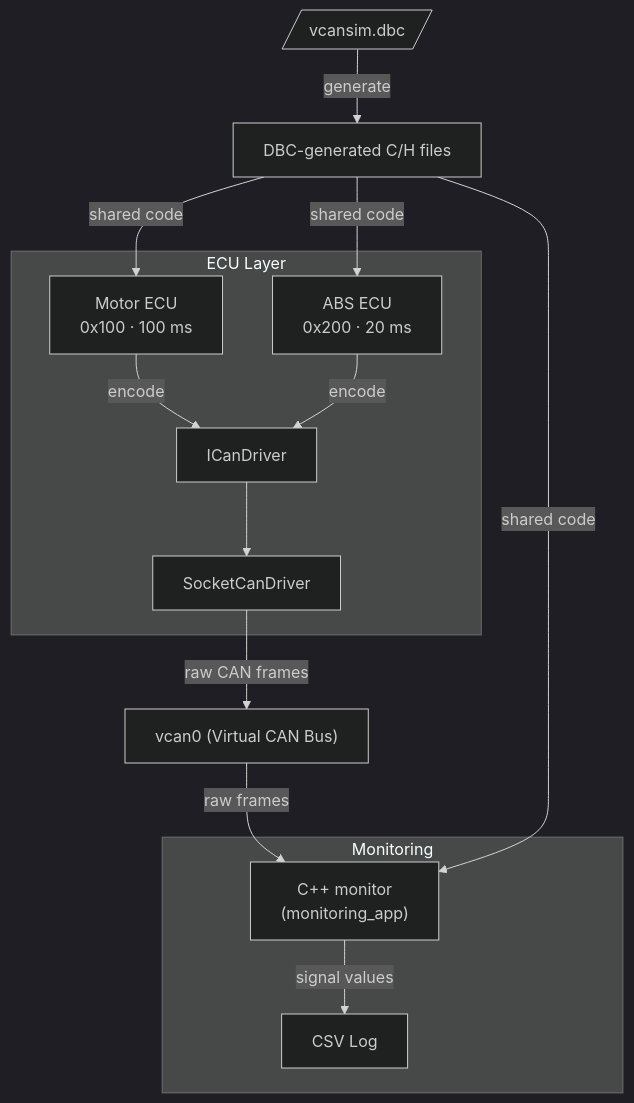
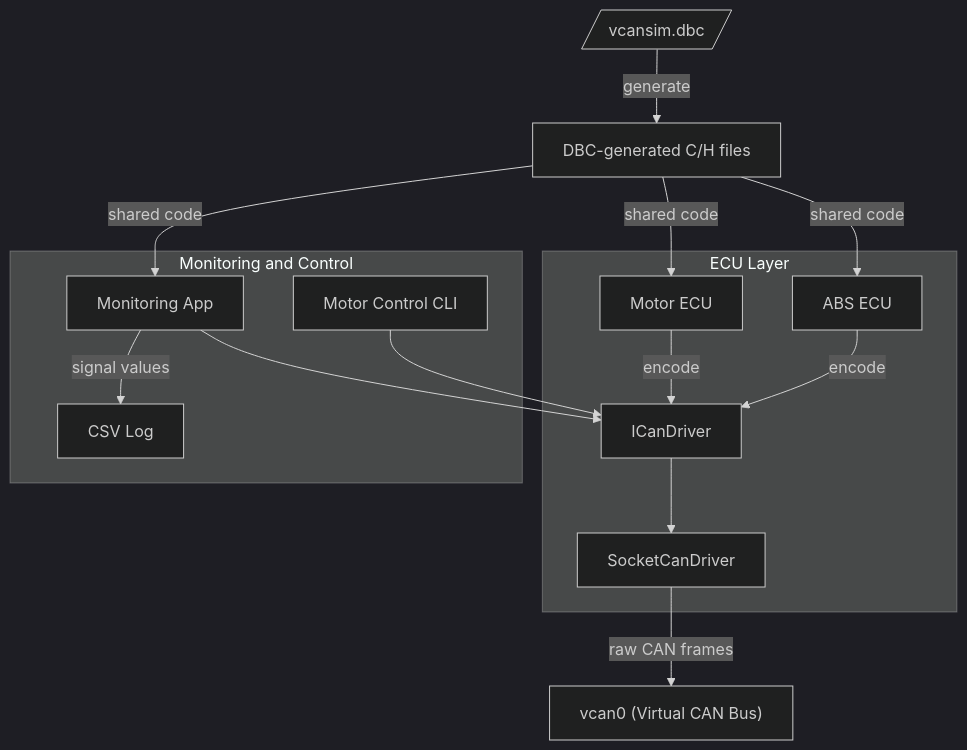
One commit to brahimab8/vcan-sim changed the diagram in README.md. Above: the diagram before and after it, drawn with Mermaid (dark theme). The commit also changed 1 other file, not shown here.

Commit message:
docs: update architecture and README to include the motor_control library and executabe

````diff
--- a/README.md
+++ b/README.md
@@ -28,29 +28,33 @@
 ```mermaid
 graph TD
     subgraph ECUs[ECU Layer]
-        MOTOR["Motor ECU\n0x100 · 100 ms"]
-        ABS["ABS ECU\n0x200 · 20 ms"]
+        MOTOR["Motor ECU"]
+        ABS["ABS ECU"]
         IFACE[ICanDriver]
         DRV[SocketCanDriver]
     end
 
     VCAN["vcan0 (Virtual CAN Bus)"]
     DBC[/vcansim.dbc/]
     GEN["DBC-generated C/H files"]
 
-    subgraph MONITORING[Monitoring]
-        MONAPP["C++ monitor\n(monitoring_app)"]
+    subgraph APPS[Monitoring and Control]
+        MONAPP["Monitoring App"]
+        MOTOR_CTRL["Motor Control CLI"]
         CSV[CSV Log]
     end
 
     MOTOR -->|encode| IFACE
     ABS -->|encode| IFACE
     IFACE --> DRV
     DRV -->|raw CAN frames| VCAN
-    VCAN -->|raw frames| MONAPP
+
+    MONAPP --> IFACE
+    MOTOR_CTRL --> IFACE
+
     DBC -->|generate| GEN
     GEN -->|shared code| MOTOR
     GEN -->|shared code| ABS
     GEN -->|shared code| MONAPP
     MONAPP -->|signal values| CSV
 ```
````
